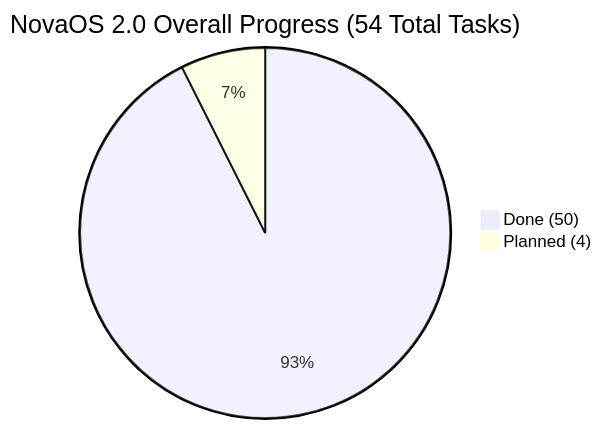
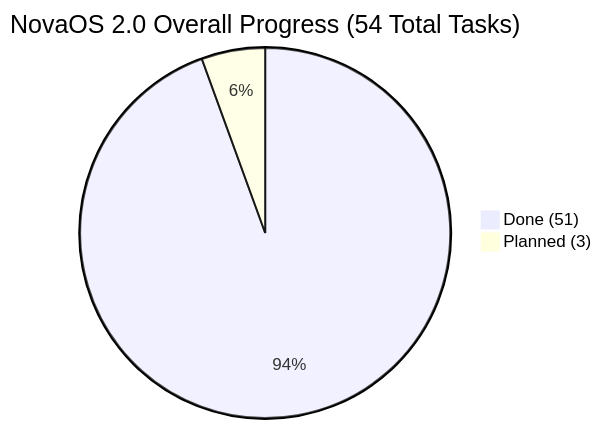
The diagram in NovaOS_Build_Plan.md (firoze-hossain/novaos), drawn with Mermaid before and after one commit. The commit also changed other lines of this file and 18 other files, not shown here.

````diff
--- a/NovaOS_Build_Plan.md
+++ b/NovaOS_Build_Plan.md
@@ -9,5 +9,5 @@
 ```mermaid
 pie title NovaOS 2.0 Overall Progress (54 Total Tasks)
-    "Done (50)" : 50
-    "Planned (4)" : 4
+    "Done (51)" : 51
+    "Planned (3)" : 3
 ```
````
